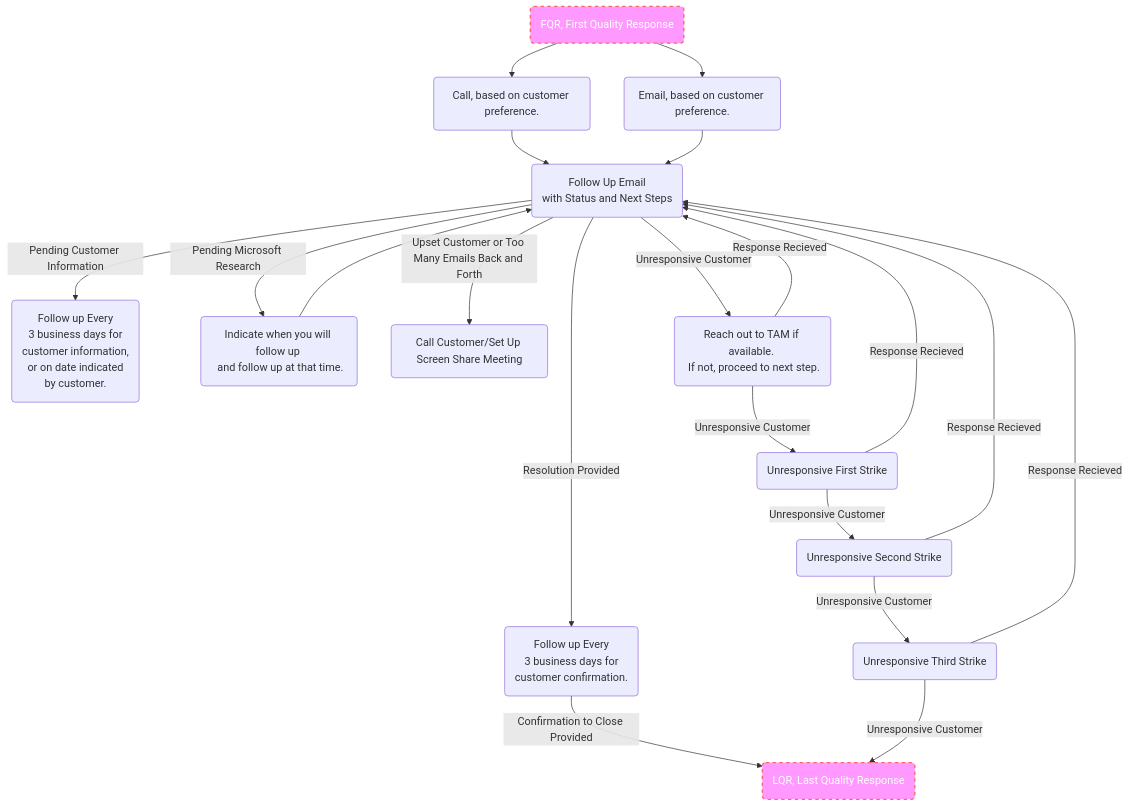
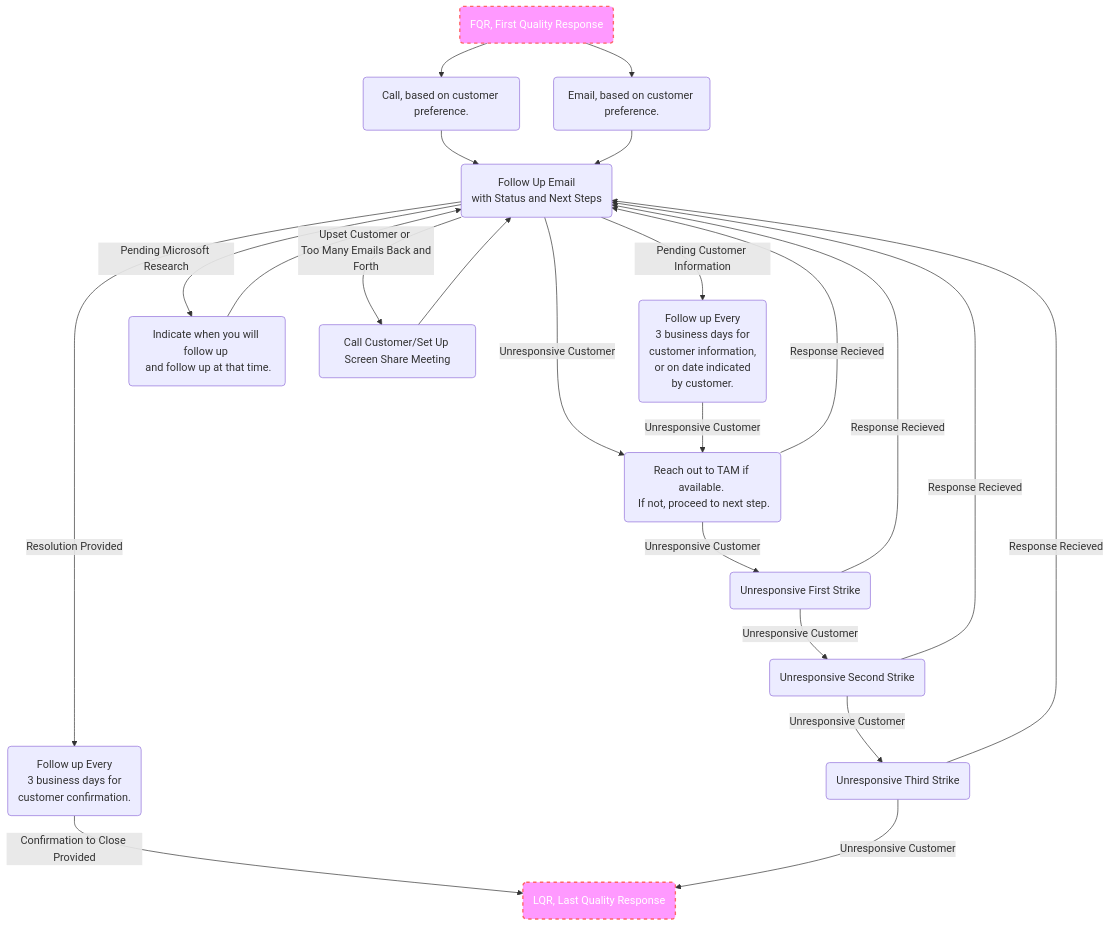
One commit to santi1s/Big-Data changed the diagram in Big-Data/Support-Engineer-Best-Practices/Case-Management/Case-Communication-Best-Practices.md. Above: the diagram before and after it, drawn with Mermaid.

Commit message:
Updated Case Communication Best Practices

```diff
--- a/Big-Data/Support-Engineer-Best-Practices/Case-Management/Case-Communication-Best-Practices.md
+++ b/Big-Data/Support-Engineer-Best-Practices/Case-Management/Case-Communication-Best-Practices.md
@@ -18,39 +18,41 @@
 ::: mermaid
 graph TD
  A(FQR, First Quality Response)
  B(Email, based on customer preference.)
  C(Call, based on customer preference.)
  D(Follow Up Email <br> with Status and Next Steps)
  E(Follow up Every <br> 3 business days for <br> customer confirmation.)
  F(LQR, Last Quality Response)
  G(Follow up Every <br> 3 business days for <br> customer information, <br> or on date indicated <br> by customer.)
  H(Indicate when you will follow up <br> and follow up at that time.)
  I(Call Customer/Set Up Screen Share Meeting)
  J(Reach out to TAM if available. <br> If not, proceed to next step.)
  K(Unresponsive First Strike)
  L(Unresponsive Second Strike)
  M(Unresponsive Third Strike)
 
     A -->B
     A --> C
     C --> D
     B --> D
-    D -->|Resolution Provided| E
     E -->|Confirmation to Close Provided| F
-    D -->|Pending Customer Information| G
     D -->|Pending Microsoft Research| H
     H --> D
-    D -->|Upset Customer or Too Many Emails Back and Forth| I
+    D -->|Pending Customer Information| G
+    D -->|Upset Customer or <br> Too Many Emails Back and Forth| I
+    I --> D
     D -->|Unresponsive Customer| J
     J -->|Response Recieved| D
     J -->|Unresponsive Customer| K
     K -->|Response Recieved| D
     K -->|Unresponsive Customer| L
     L -->|Response Recieved| D
     L -->|Unresponsive Customer| M
     M -->|Response Recieved| D
     M -->|Unresponsive Customer| F
+    G -->|Unresponsive Customer| J
+    D -->|Resolution Provided| E
 
     style A fill:#f9f,stroke:#f66,stroke-width:2px,color:#fff,stroke-dasharray: 5, 5
     style F fill:#f9f,stroke:#f66,stroke-width:2px,color:#fff,stroke-dasharray: 5, 5
 :::
```
